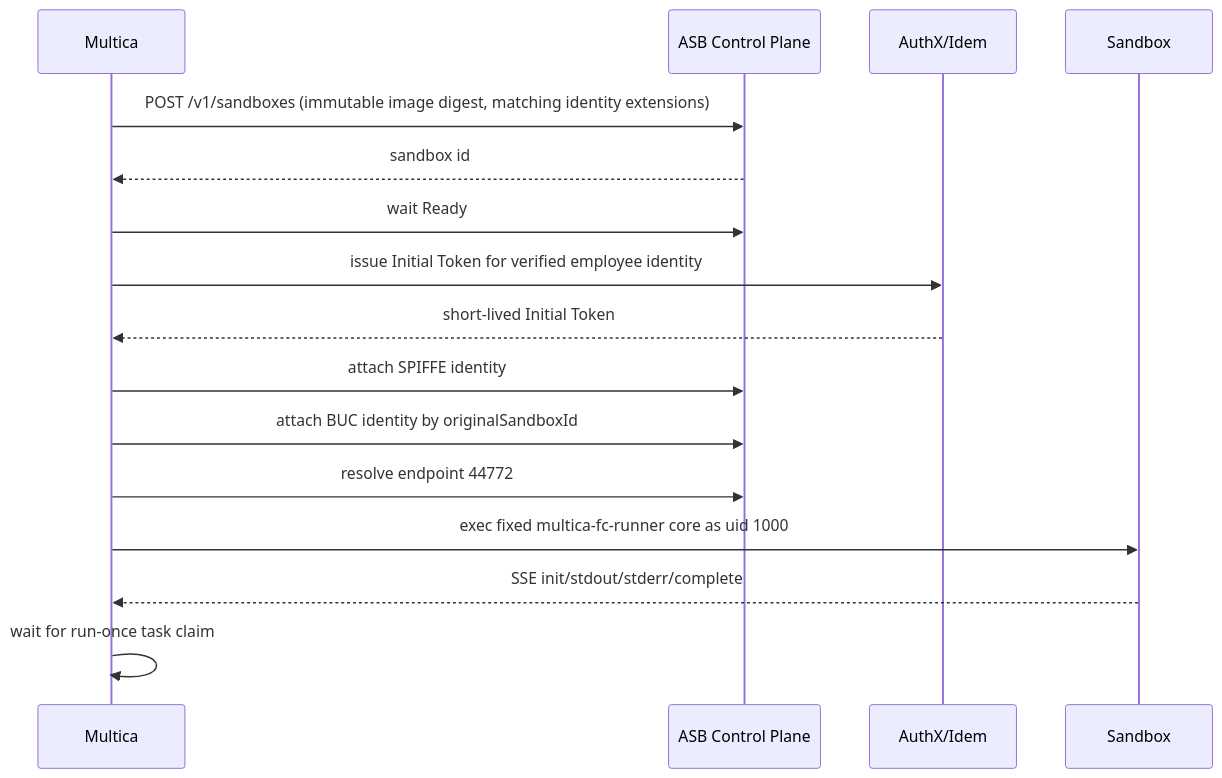
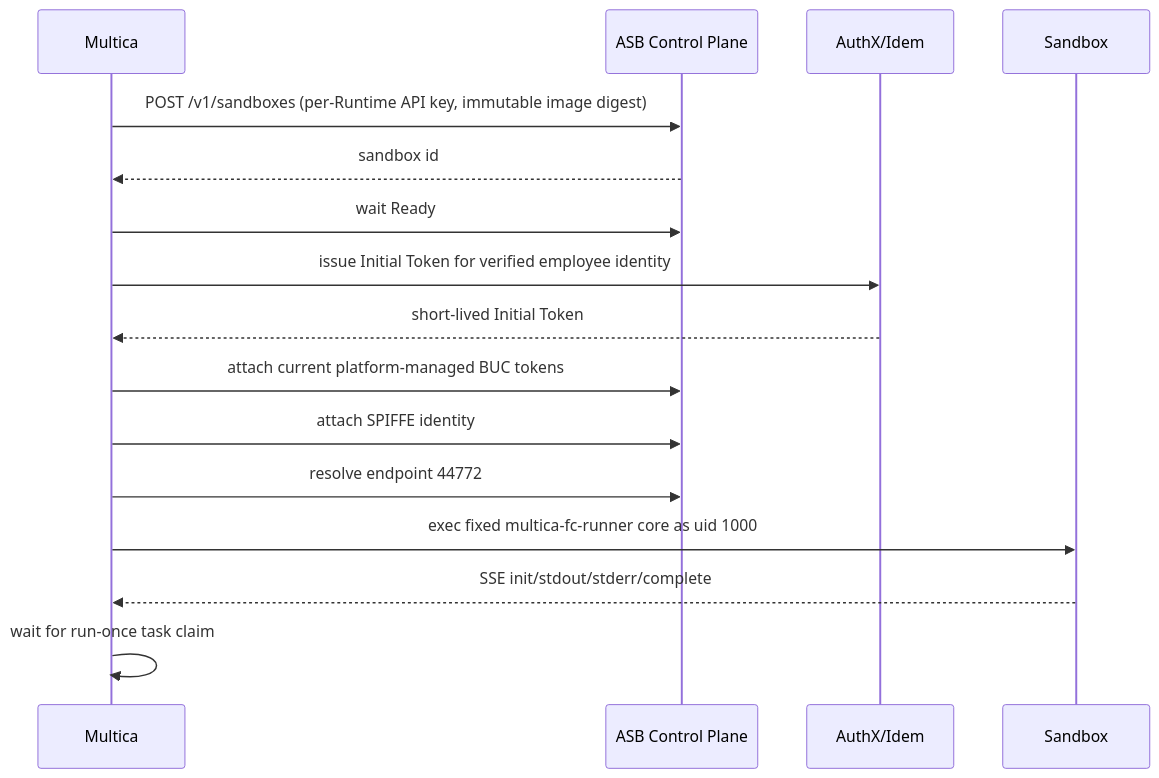
The diagram in docs/superpowers/specs/2026-07-29-asb-enterprise-runtime-design.md (D1-2004/multica), drawn with Mermaid before and after one commit. The commit also changed other lines of this file and 36 other files, not shown here.

Commit message:
feat(runtime): decouple ASB identity from anchor sandboxes

````diff
--- a/docs/superpowers/specs/2026-07-29-asb-enterprise-runtime-design.md
+++ b/docs/superpowers/specs/2026-07-29-asb-enterprise-runtime-design.md
@@ -277,19 +277,19 @@
 ```mermaid
 sequenceDiagram
   participant M as Multica
   participant A as ASB Control Plane
   participant I as AuthX/Idem
   participant S as Sandbox
 
-  M->>A: POST /v1/sandboxes (immutable image digest, matching identity extensions)
+  M->>A: POST /v1/sandboxes (per-Runtime API key, immutable image digest)
   A-->>M: sandbox id
   M->>A: wait Ready
   M->>I: issue Initial Token for verified employee identity
   I-->>M: short-lived Initial Token
+  M->>A: attach current platform-managed BUC tokens
   M->>A: attach SPIFFE identity
-  M->>A: attach BUC identity by originalSandboxId
   M->>A: resolve endpoint 44772
   M->>S: exec fixed multica-fc-runner core as uid 1000
   S-->>M: SSE init/stdout/stderr/complete
   M->>M: wait for run-once task claim
 ```
````
